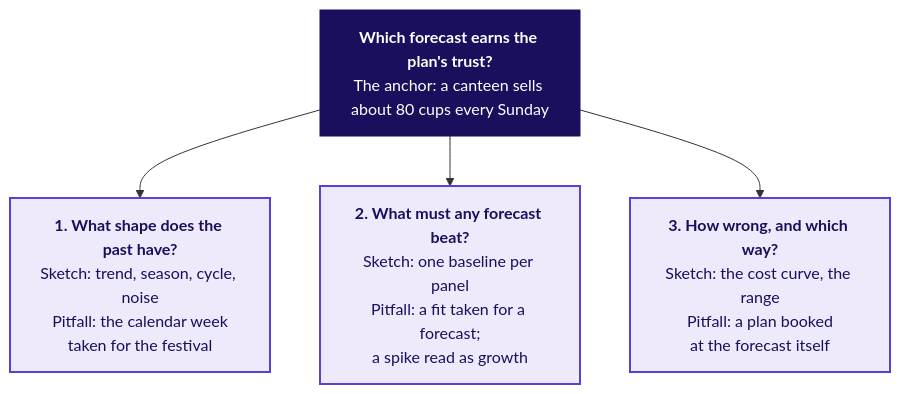
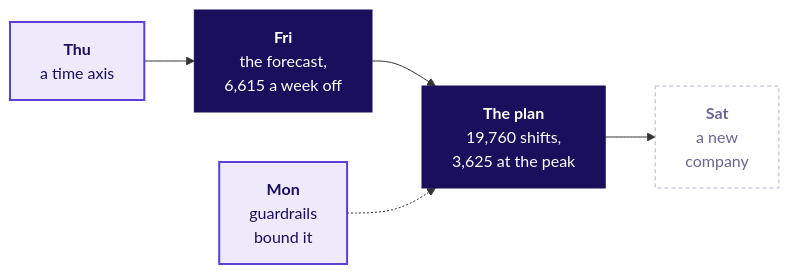
Before and after one commit to fde-academy-lab/c2-content-factory: the second of 4 diagrams in content/W04/D5/slides/C2_W04_D05_half2_STUDENT.md, drawn with Mermaid. The commit also changed other lines of this file and 20 other files, not shown here.

````diff
--- a/content/W04/D5/slides/C2_W04_D05_half2_STUDENT.md
+++ b/content/W04/D5/slides/C2_W04_D05_half2_STUDENT.md
@@ -79,11 +224,13 @@
 ```mermaid
-flowchart TB
-    C["<b>Which forecast earns the plan's trust?</b><br/>The anchor: a canteen sells about 80 cups every Sunday"]
-    C --> R1["<b>1. What shape does the past have?</b><br/>Sketch: trend, season, cycle, noise<br/>Pitfall: the calendar week<br/>taken for the festival"]
-    C --> R2["<b>2. What must any forecast beat?</b><br/>Sketch: one baseline per panel<br/>Pitfall: a fit taken for a forecast;<br/>a spike read as growth"]
-    C --> R3["<b>3. How wrong, and which way?</b><br/>Sketch: the cost curve, the range<br/>Pitfall: a plan booked<br/>at the forecast itself"]
+flowchart LR
+    T["<b>Thu</b><br/>a time axis"] --> F["<b>Fri</b><br/>the forecast,<br/>6,615 a week off"]
+    F --> P["<b>The plan</b><br/>19,760 shifts,<br/>3,625 at the peak"]
+    M["<b>Mon</b><br/>guardrails<br/>bound it"] -.-> P
+    P --> S["<b>Sat</b><br/>a new<br/>company"]
+    classDef known fill:#EEEAFB,stroke:#5B3FD6,color:#1A0F5C,stroke-width:2px
     classDef lit fill:#1A0F5C,stroke:#1A0F5C,color:#FFFFFF
-    classDef known fill:#EEEAFB,stroke:#5B3FD6,color:#1A0F5C,stroke-width:2px
-    class C lit
-    class R1,R2,R3 known
+    classDef unknown fill:#FFFFFF,stroke:#B8B2D6,color:#6B6690,stroke-dasharray:4 3
+    class M,T known
+    class F,P lit
+    class S unknown
 ```
````
